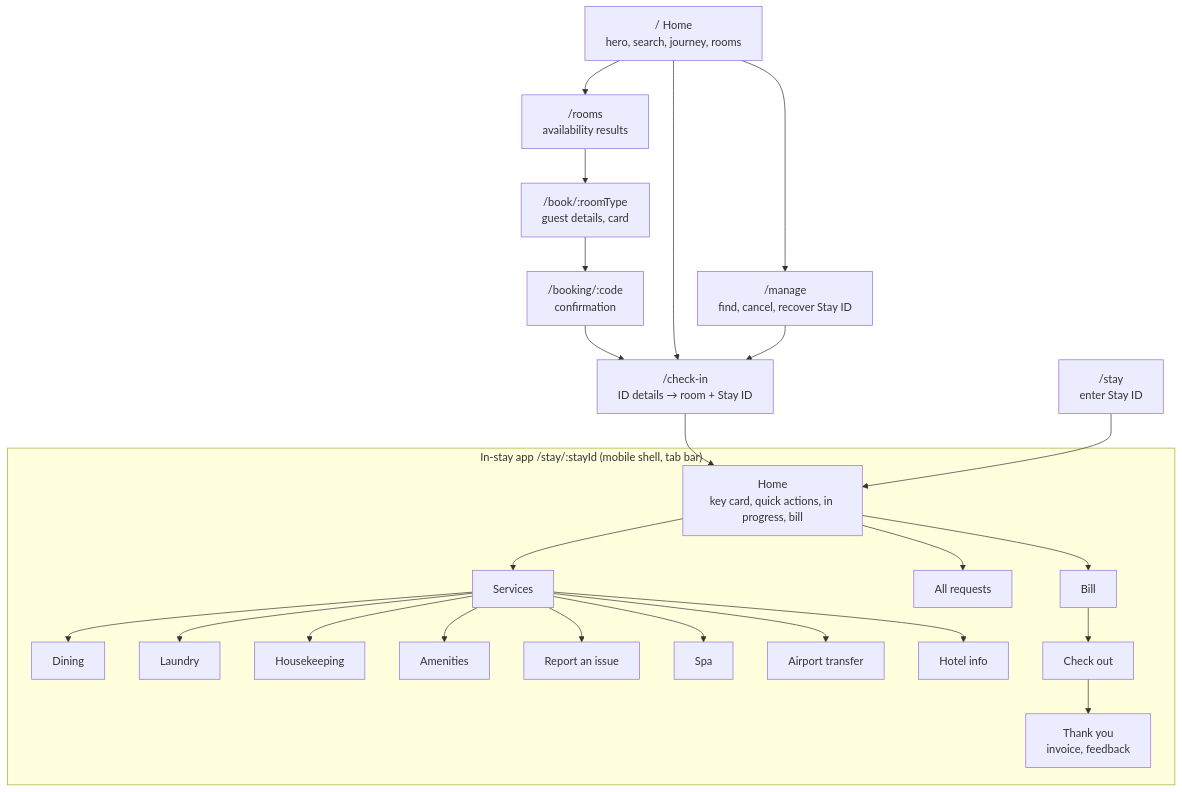
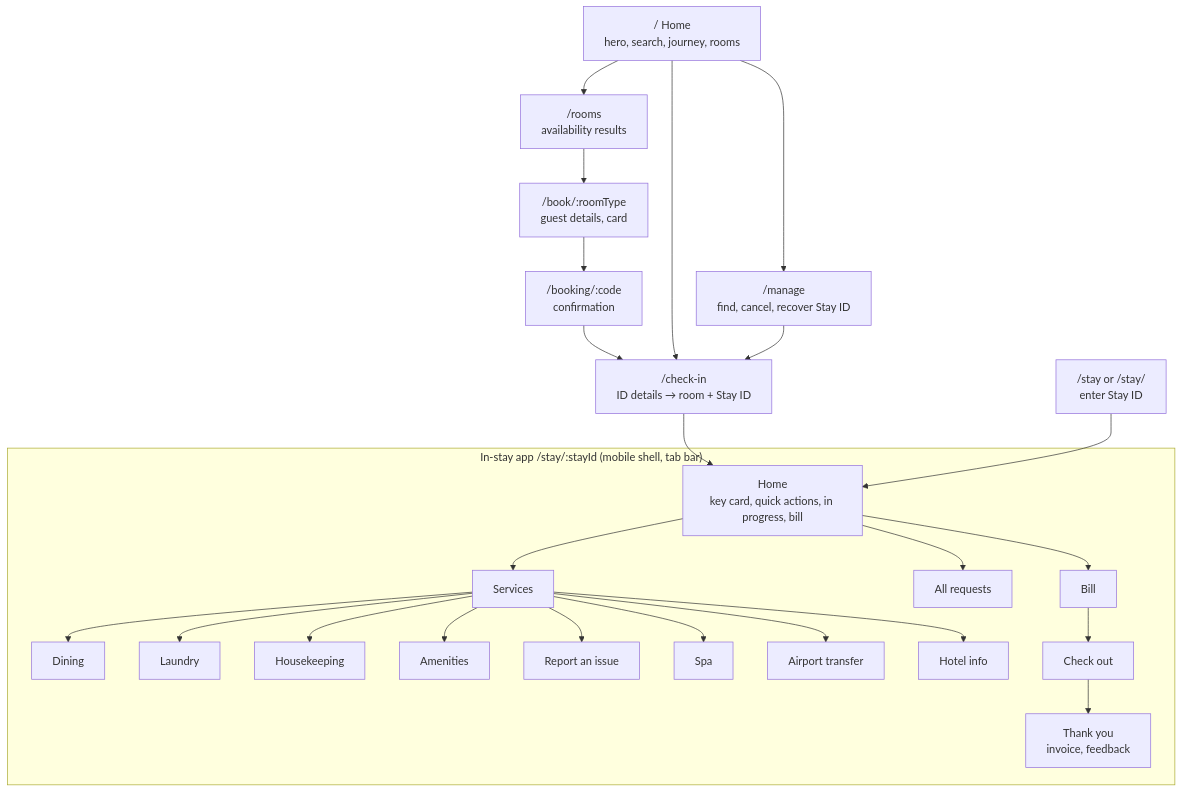
Before and after one commit to pRiMeXoMeGa/white-label-hms: the first of 2 diagrams in docs/07-ui-ux-design.md, drawn with Mermaid. The commit also changed other lines of this file and 78 other files, not shown here.

````diff
--- a/docs/07-ui-ux-design.md
+++ b/docs/07-ui-ux-design.md
@@ -15,38 +15,38 @@
 ```mermaid
 flowchart TB
   Home["/ Home<br/>hero, search, journey, rooms"]
   Rooms["/rooms<br/>availability results"]
   Book["/book/:roomType<br/>guest details, card"]
   Conf["/booking/:code<br/>confirmation"]
   Manage["/manage<br/>find, cancel, recover Stay ID"]
   CheckIn["/check-in<br/>ID details → room + Stay ID"]
-  Entry["/stay<br/>enter Stay ID"]
+  Entry["/stay or /stay/<br/>enter Stay ID"]
 
   subgraph App["In-stay app /stay/:stayId (mobile shell, tab bar)"]
     SH["Home<br/>key card, quick actions, in progress, bill"]
     SV["Services"]
     Din["Dining"]
     Lau["Laundry"]
     HK["Housekeeping"]
     Am["Amenities"]
     Mt["Report an issue"]
     Spa["Spa"]
     Tr["Airport transfer"]
     Rq["All requests"]
     Info["Hotel info"]
     Bill["Bill"]
     CO["Check out"]
     TY["Thank you<br/>invoice, feedback"]
   end
 
   Home --> Rooms --> Book --> Conf --> CheckIn
   Home --> CheckIn
   Home --> Manage
   Manage --> CheckIn
   CheckIn --> SH
   Entry --> SH
   SH --> SV
   SV --> Din & Lau & HK & Am & Mt & Spa & Tr & Info
   SH --> Rq
   SH --> Bill --> CO --> TY
 ```
````
